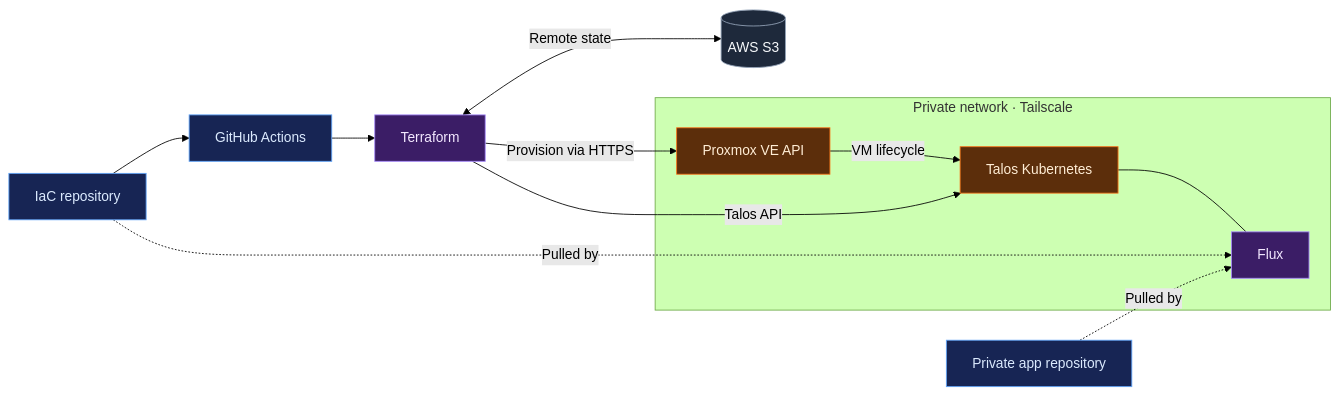
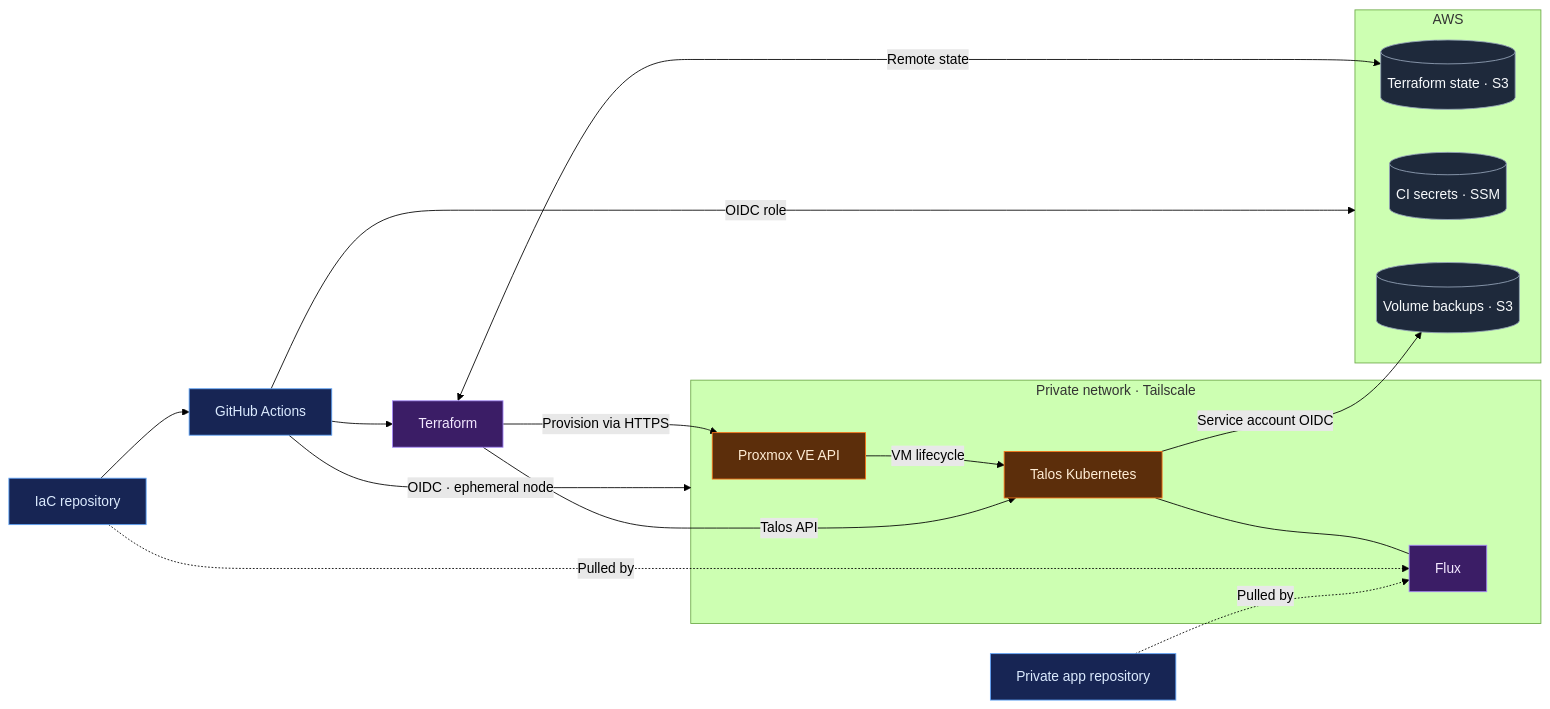
One commit to rauland/iac changed the diagram in README.md. Above: the diagram before and after it, drawn with Mermaid (forest theme). The commit also changed other lines of this file, not shown here.

Commit message:
Show OIDC and the backup bucket in the architecture diagram
CI reaches AWS and the tailnet with GitHub OIDC tokens, and each cluster's
service account issuer lets volume backups assume an AWS role, so no
long-lived credentials are stored. The diagram now shows those three paths
and what AWS holds: Terraform state, CI secrets and volume backups.

Claude-Session: https://claude.ai/code/session_01GaWU1W6epJg7bgDswMPmiT

````diff
--- a/README.md
+++ b/README.md
@@ -31,29 +31,39 @@
 ```mermaid
 flowchart LR
     repo["IaC repository"] --> actions["GitHub Actions"]
+    actions -->|OIDC role| aws
+    actions -->|OIDC · ephemeral node| private
     actions --> terraform["Terraform"]
-    terraform <-->|Remote state| state[("AWS S3")]
+
+    subgraph aws["AWS"]
+        state[("Terraform state · S3")]
+        ssm[("CI secrets · SSM")]
+        backups[("Volume backups · S3")]
+    end
+
+    terraform <-->|Remote state| state
 
     subgraph private["Private network · Tailscale"]
         proxmox["Proxmox VE API"]
         talos["Talos Kubernetes"]
         flux["Flux"]
         proxmox -->|VM lifecycle| talos
         talos --- flux
     end
 
     terraform -->|Provision via HTTPS| proxmox
     terraform -->|Talos API| talos
     repo -.->|Pulled by| flux
     apps["Private app repository"] -.->|Pulled by| flux
+    talos -->|Service account OIDC| backups
 
     classDef automation fill:#172554,stroke:#60A5FA,color:#DBEAFE
     classDef provisioning fill:#3B1D66,stroke:#A78BFA,color:#F3E8FF
     classDef storage fill:#1E293B,stroke:#94A3B8,color:#F8FAFC
     classDef infrastructure fill:#5C2E0B,stroke:#F97316,color:#FFEDD5
 
     class repo,actions,apps automation
     class terraform,flux provisioning
-    class state storage
+    class state,ssm,backups storage
     class proxmox,talos infrastructure
 ```
````
